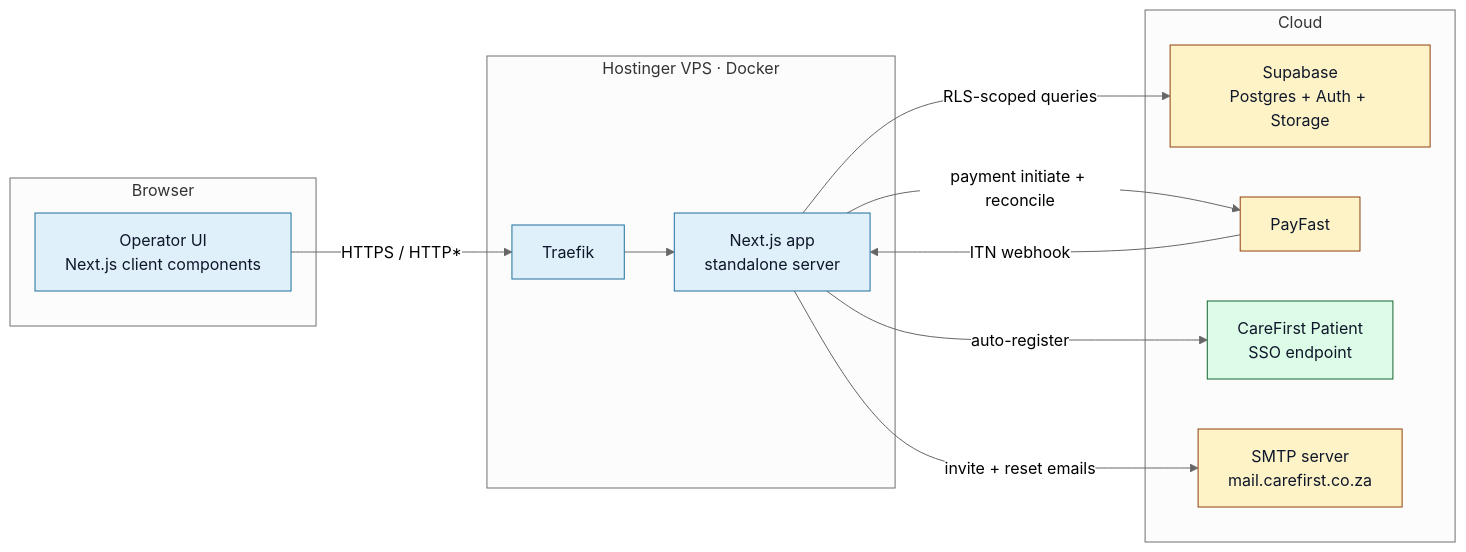
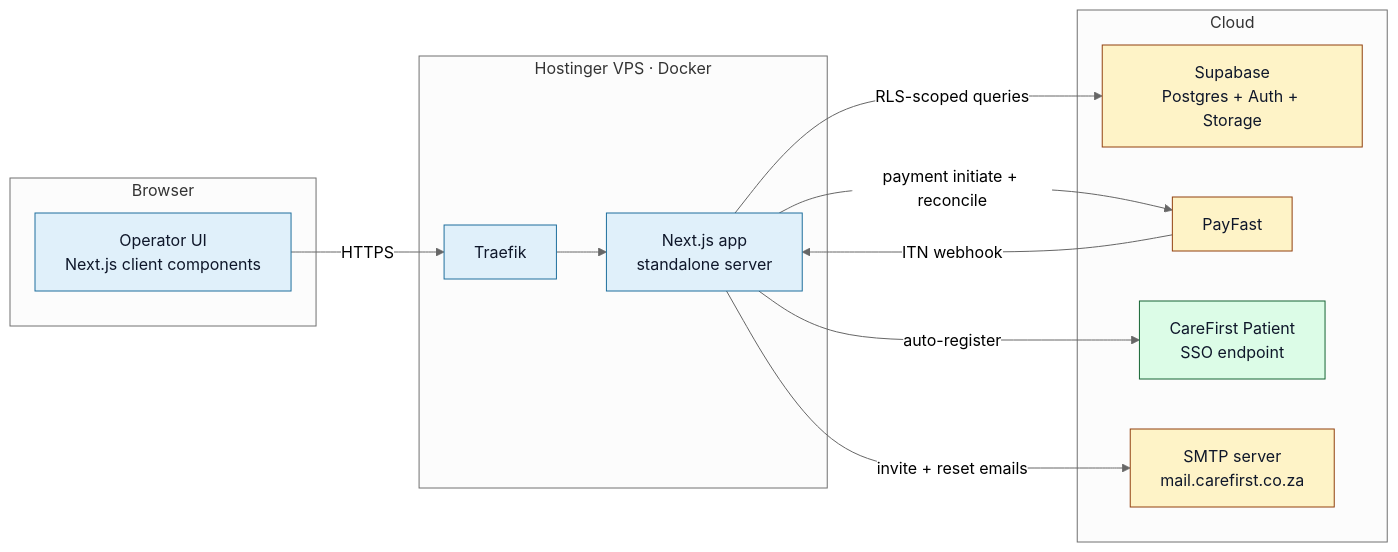
The first of 2 diagrams in booking-app/content/reports/architecture-at-a-glance.mdx (LuckyDaWizard/3rd-Party-Booking-System), drawn with Mermaid (neutral theme) before and after one commit. The commit also changed other lines of this file and 2 other files, not shown here.

First line of the commit message:
Reports KB: refresh for current system state (HTTPS live + Sprint A-F)

````diff
--- a/booking-app/content/reports/architecture-at-a-glance.mdx
+++ b/booking-app/content/reports/architecture-at-a-glance.mdx
@@ -40,33 +41,33 @@
 ```mermaid
 flowchart LR
     subgraph Browser
       A[Operator UI<br/>Next.js client components]
     end
 
     subgraph VPS [Hostinger VPS · Docker]
       B[Traefik]
       C[Next.js app<br/>standalone server]
       B --> C
     end
 
     subgraph Cloud
       D[Supabase<br/>Postgres + Auth + Storage]
       E[PayFast]
       F[CareFirst Patient<br/>SSO endpoint]
       G[SMTP server<br/>mail.carefirst.co.za]
     end
 
-    A -->|HTTPS / HTTP*| B
+    A -->|HTTPS| B
     C -->|RLS-scoped queries| D
     C -->|payment initiate + reconcile| E
     E -->|ITN webhook| C
     C -->|auto-register| F
     C -->|invite + reset emails| G
 
     classDef us    fill:#e0f0fa,stroke:#1f6f9d,color:#0f172a;
     classDef them  fill:#dcfce7,stroke:#166534,color:#0f172a;
     classDef other fill:#fef3c7,stroke:#92400e,color:#0f172a;
     class A,B,C us;
     class F them;
     class D,E,G other;
 ```
````
